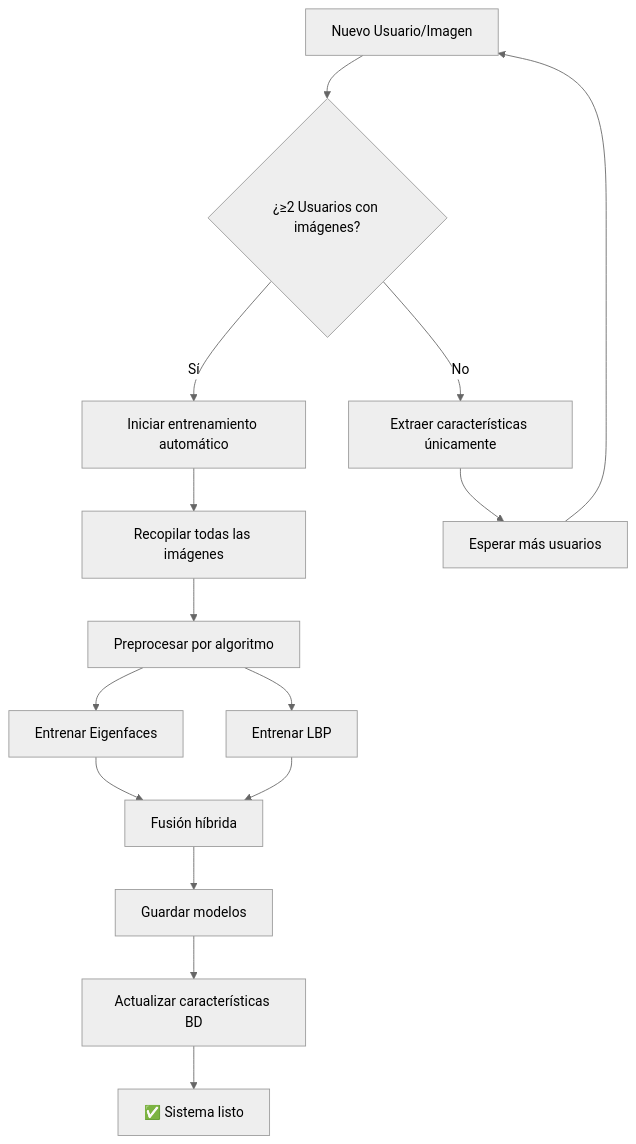
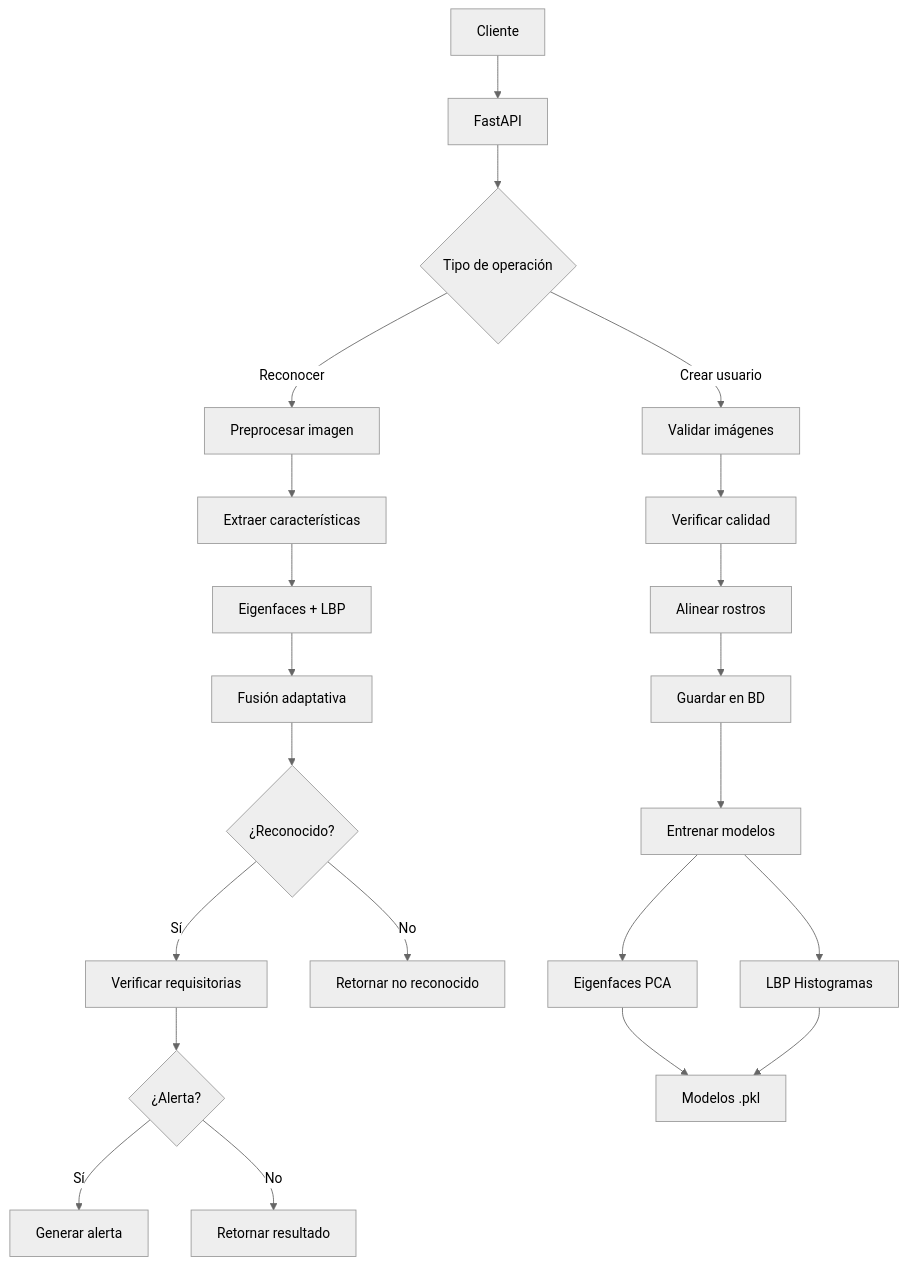
Before and after one commit to Tunkifloo/FR-ML-API: the diagram in README.md, drawn with Mermaid (neutral theme). The commit also changed other lines of this file, not shown here.

````diff
--- a/README.md
+++ b/README.md
@@ -400,20 +280,27 @@
 ```mermaid
-flowchart TD
-    A[Nuevo Usuario/Imagen] --> B{¿≥2 Usuarios con imágenes?}
-    B -->|No| C[Extraer características únicamente]
-    B -->|Sí| D[Iniciar entrenamiento automático]
+graph TD
+    A[Cliente] --> B[FastAPI]
+    B --> C{Tipo de operación}
     
-    D --> E[Recopilar todas las imágenes]
-    E --> F[Preprocesar por algoritmo]
-    F --> G[Entrenar Eigenfaces]
-    F --> H[Entrenar LBP]
+    C -->|Crear usuario| D[Validar imágenes]
+    D --> E[Verificar calidad]
+    E --> F[Alinear rostros]
+    F --> G[Guardar en BD]
+    G --> H[Entrenar modelos]
     
-    G --> I[Fusión híbrida]
-    H --> I
-    I --> J[Guardar modelos]
-    J --> K[Actualizar características BD]
-    K --> L[✅ Sistema listo]
+    C -->|Reconocer| I[Preprocesar imagen]
+    I --> J[Extraer características]
+    J --> K[Eigenfaces + LBP]
+    K --> L[Fusión adaptativa]
+    L --> M{¿Reconocido?}
+    M -->|Sí| N[Verificar requisitorias]
+    M -->|No| O[Retornar no reconocido]
+    N --> P{¿Alerta?}
+    P -->|Sí| Q[Generar alerta]
+    P -->|No| R[Retornar resultado]
     
-    C --> M[Esperar más usuarios]
-    M --> A
+    H --> S[Eigenfaces PCA]
+    H --> T[LBP Histogramas]
+    S --> U[Modelos .pkl]
+    T --> U
 ```
````
